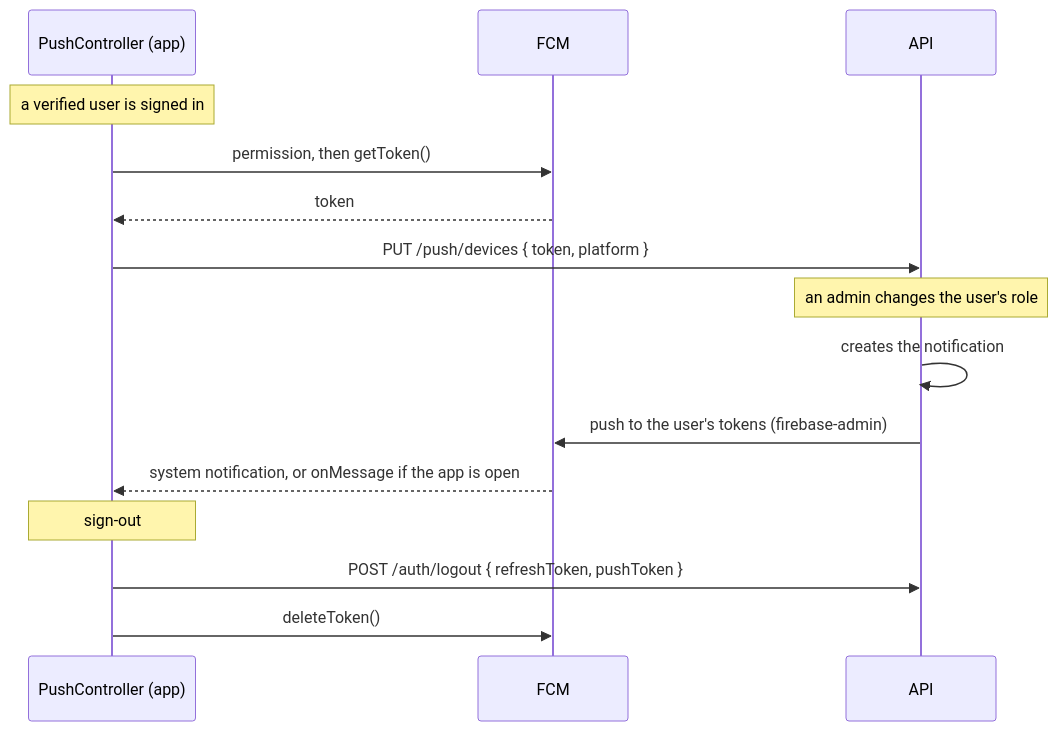
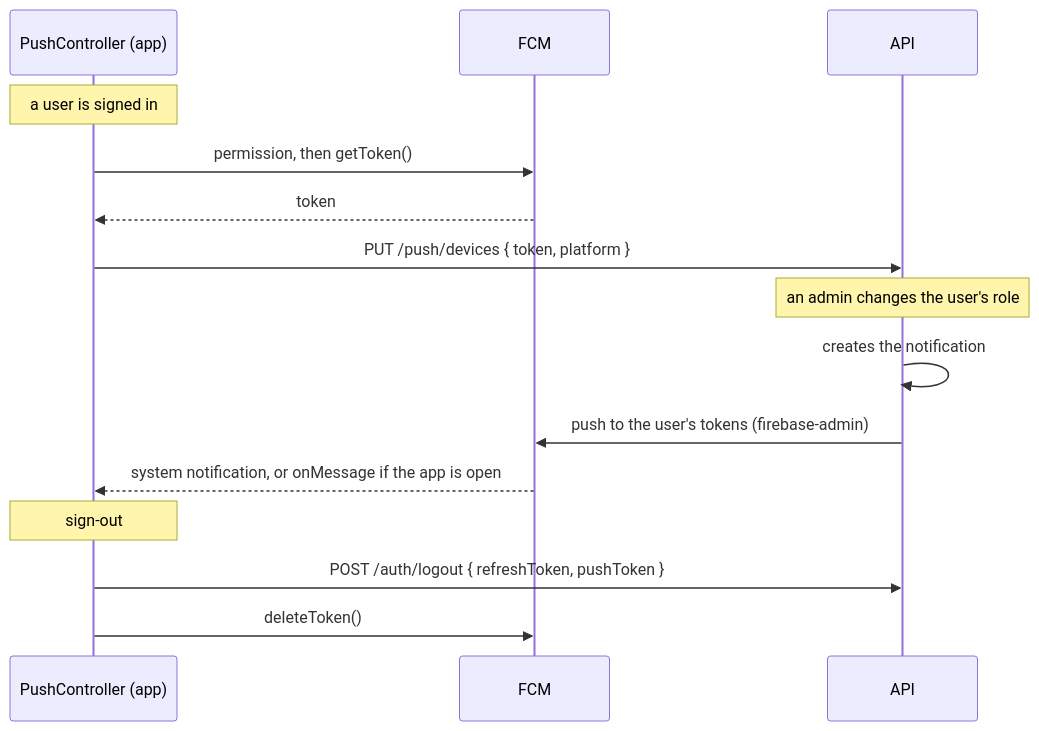
One commit to doniesgh/campuslink_mobile changed the fourth of 5 diagrams in docs/architecture.md. Above: the diagram before and after it, drawn with Mermaid. The commit also changed other lines of this file and 231 other files, not shown here.

````diff
--- a/docs/architecture.md
+++ b/docs/architecture.md
@@ -316,17 +318,17 @@
 ```mermaid
 sequenceDiagram
   participant P as PushController (app)
   participant F as FCM
   participant API as API
-  Note over P: a verified user is signed in
+  Note over P: a user is signed in
   P->>F: permission, then getToken()
   F-->>P: token
   P->>API: PUT /push/devices { token, platform }
   Note over API: an admin changes the user's role
   API->>API: creates the notification
   API->>F: push to the user's tokens (firebase-admin)
   F-->>P: system notification, or onMessage if the app is open
   Note over P: sign-out
   P->>API: POST /auth/logout { refreshToken, pushToken }
   P->>F: deleteToken()
 ```
````
